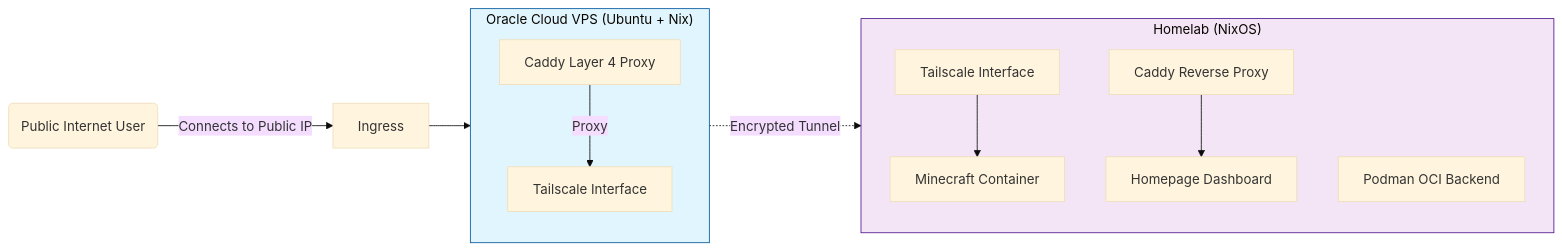
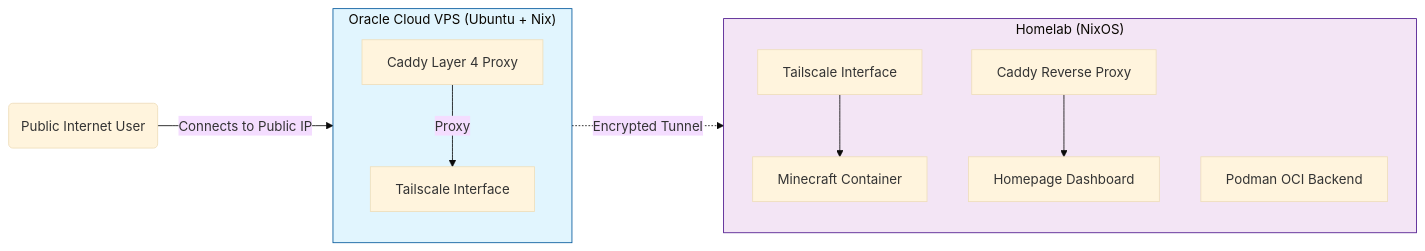
One commit to TaylorTurnerIT/TongaTime-NixLab changed the diagram in README.md. Above: the diagram before and after it, drawn with Mermaid (base theme).

Commit message:
Update flowchart in README to correct user connection path to Caddy L4

````diff
--- a/README.md
+++ b/README.md
@@ -26,29 +26,28 @@
 ```mermaid
 flowchart LR
     User(Public Internet User)
     
     subgraph VPS ["Oracle Cloud VPS (Ubuntu + Nix)"]
         direction TB
         CaddyL4[Caddy Layer 4 Proxy]
         TS_VPS[Tailscale Interface]
     end
 
     subgraph Home ["Homelab (NixOS)"]
         direction TB
         TS_Home[Tailscale Interface]
         Podman[Podman OCI Backend]
         MC[Minecraft Container]
         Homepage[Homepage Dashboard]
         CaddyRev[Caddy Reverse Proxy]
     end
 
-    User -->|Connects to Public IP| Ingress
-    Ingress --> CaddyL4
+    User -->|Connects to Public IP| CaddyL4
     CaddyL4 -->|Proxy| TS_VPS
     TS_VPS -.->|Encrypted Tunnel| TS_Home
     TS_Home --> MC
     CaddyRev --> Homepage
     
     style VPS fill:#e1f5fe,stroke:#01579b
     style Home fill:#f3e5f5,stroke:#4a148c
 ```
````
